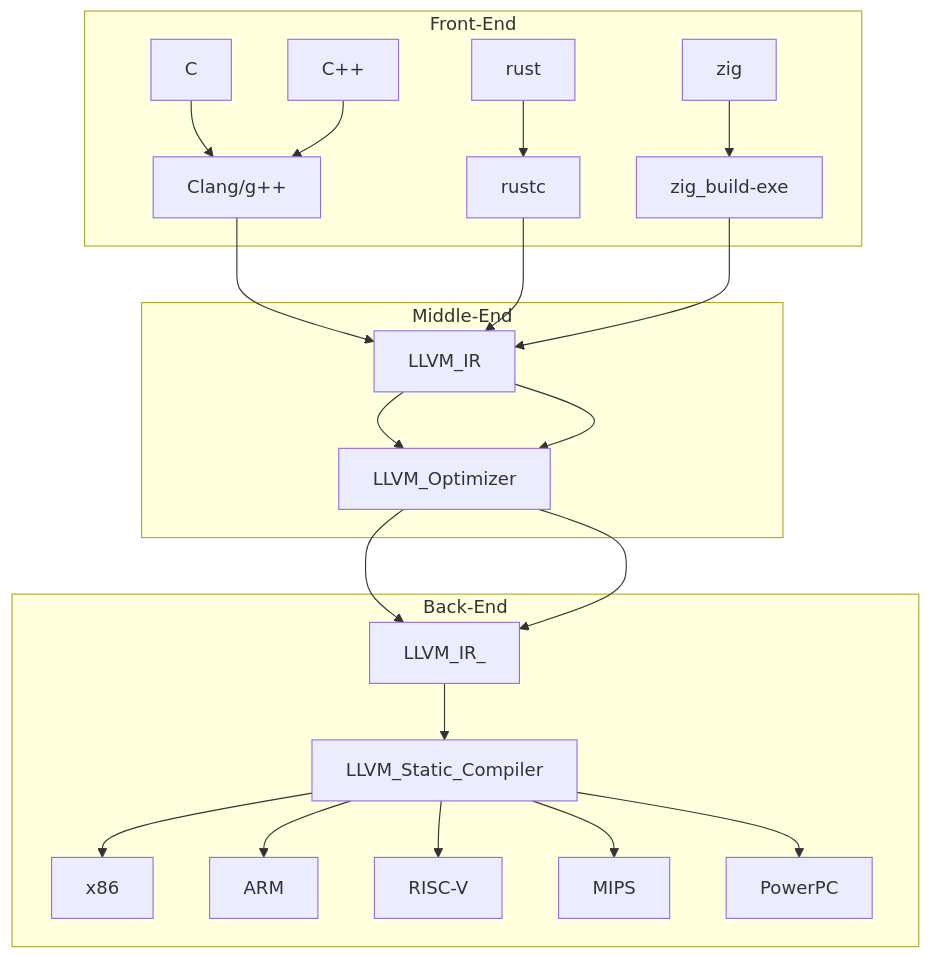
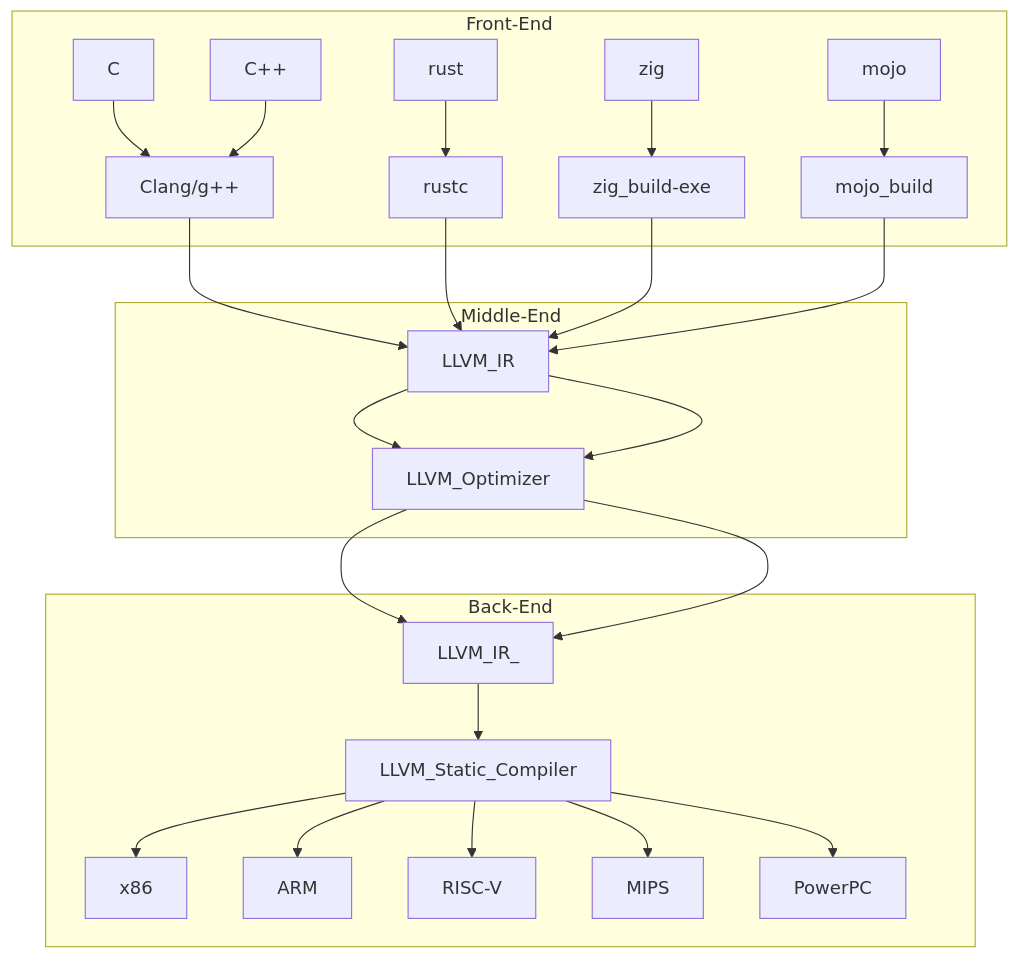
The diagram in 23_Rust_LLVM_IR/README.md (YoungHaKim7/Rust_Tutorial_Full_course), drawn with Mermaid before and after one commit.

````diff
--- a/23_Rust_LLVM_IR/README.md
+++ b/23_Rust_LLVM_IR/README.md
@@ -22,21 +22,23 @@
 ```mermaid
 flowchart TB
     LLVM_IR-->LLVM_Optimizer
     LLVM_Optimizer-->LLVM_IR_
     subgraph Back-End
     LLVM_IR_-->LLVM_Static_Compiler
     LLVM_Static_Compiler-->x86 & ARM & RISC-V & MIPS & PowerPC
     end
     subgraph Middle-End
     LLVM_IR-->LLVM_Optimizer
     LLVM_Optimizer-->LLVM_IR_
     end
     subgraph Front-End
     C & C++--> Clang/g++
     Clang/g++ --> LLVM_IR
     rust --> rustc
     rustc --> LLVM_IR
     zig--> zig_build-exe
     zig_build-exe --> LLVM_IR
+    mojo --> mojo_build
+    mojo_build --> LLVM_IR
     end
 ```
````
